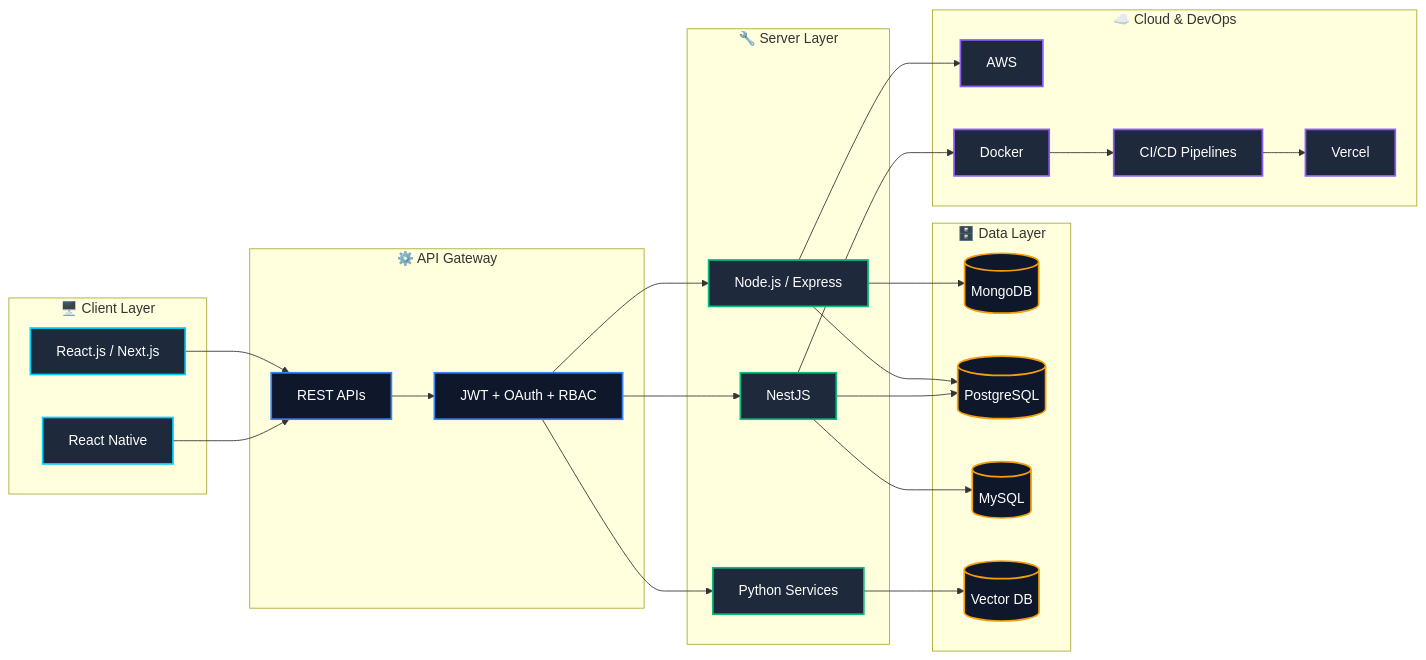
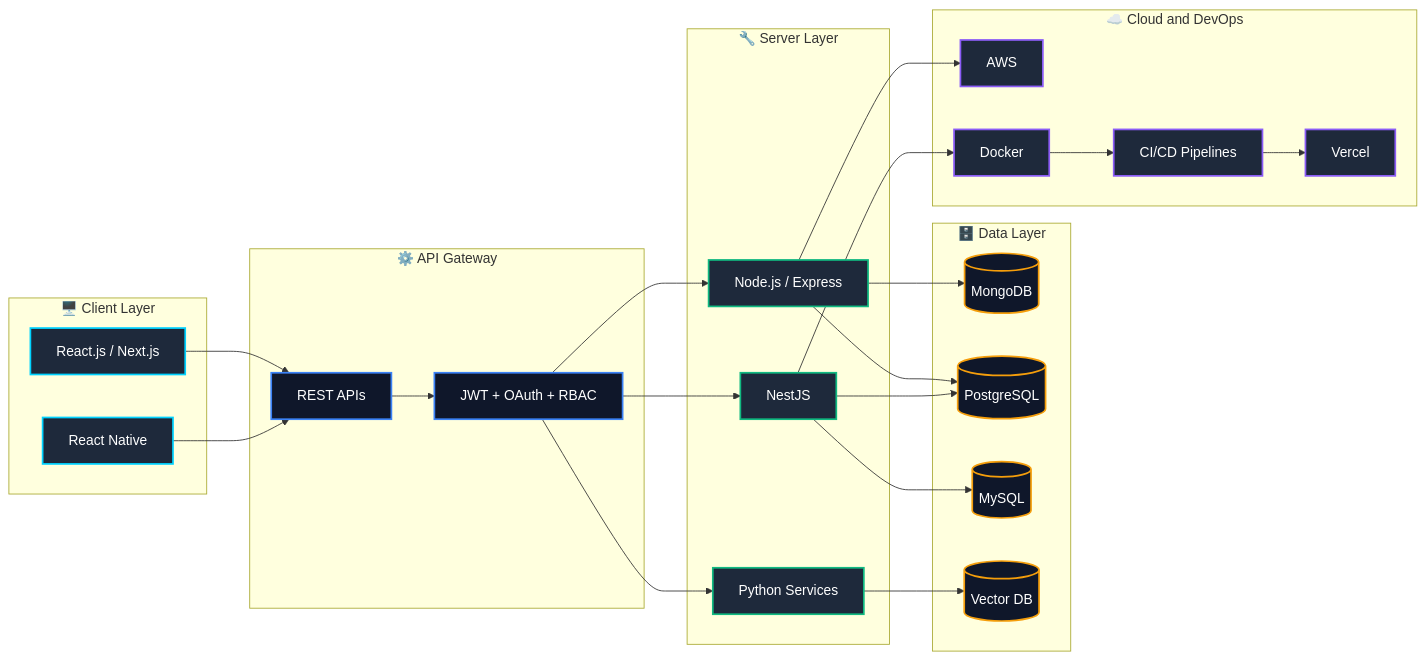
Before and after one commit to akkhan312/akkhan312: the diagram in README.md, drawn with Mermaid.

Commit message:
fix: escape ampersand in mermaid diagram to fix XML parse error

````diff
--- a/README.md
+++ b/README.md
@@ -45,60 +45,60 @@
 ```mermaid
 graph LR
     subgraph Client["🖥️ Client Layer"]
         React["React.js / Next.js"]
         Mobile["React Native"]
     end
 
     subgraph API["⚙️ API Gateway"]
         REST["REST APIs"]
         Auth["JWT + OAuth + RBAC"]
     end
 
     subgraph Server["🔧 Server Layer"]
         Node["Node.js / Express"]
         Nest["NestJS"]
         Python["Python Services"]
     end
 
     subgraph Data["🗄️ Data Layer"]
         Mongo[(MongoDB)]
         PG[(PostgreSQL)]
         MySQL2[(MySQL)]
         Vector[(Vector DB)]
     end
 
-    subgraph Cloud["☁️ Cloud & DevOps"]
+    subgraph Cloud["☁️ Cloud and DevOps"]
         AWS["AWS"]
         Docker["Docker"]
         CICD["CI/CD Pipelines"]
         Vercel2["Vercel"]
     end
 
     React --> REST
     Mobile --> REST
     REST --> Auth
     Auth --> Node
     Auth --> Nest
     Auth --> Python
     Node --> Mongo
     Node --> PG
     Nest --> PG
     Nest --> MySQL2
     Python --> Vector
     Node --> AWS
     Nest --> Docker
     Docker --> CICD
     CICD --> Vercel2
 
     classDef clientStyle fill:#1e293b,stroke:#00D2FF,stroke-width:2px,color:#fff
     classDef apiStyle fill:#0f172a,stroke:#3b82f6,stroke-width:2px,color:#fff
     classDef serverStyle fill:#1e293b,stroke:#10b981,stroke-width:2px,color:#fff
     classDef dataStyle fill:#0f172a,stroke:#f59e0b,stroke-width:2px,color:#fff
     classDef cloudStyle fill:#1e293b,stroke:#8b5cf6,stroke-width:2px,color:#fff
 
     class React,Mobile clientStyle
     class REST,Auth apiStyle
     class Node,Nest,Python serverStyle
     class Mongo,PG,MySQL2,Vector dataStyle
     class AWS,Docker,CICD,Vercel2 cloudStyle
 ```
````
